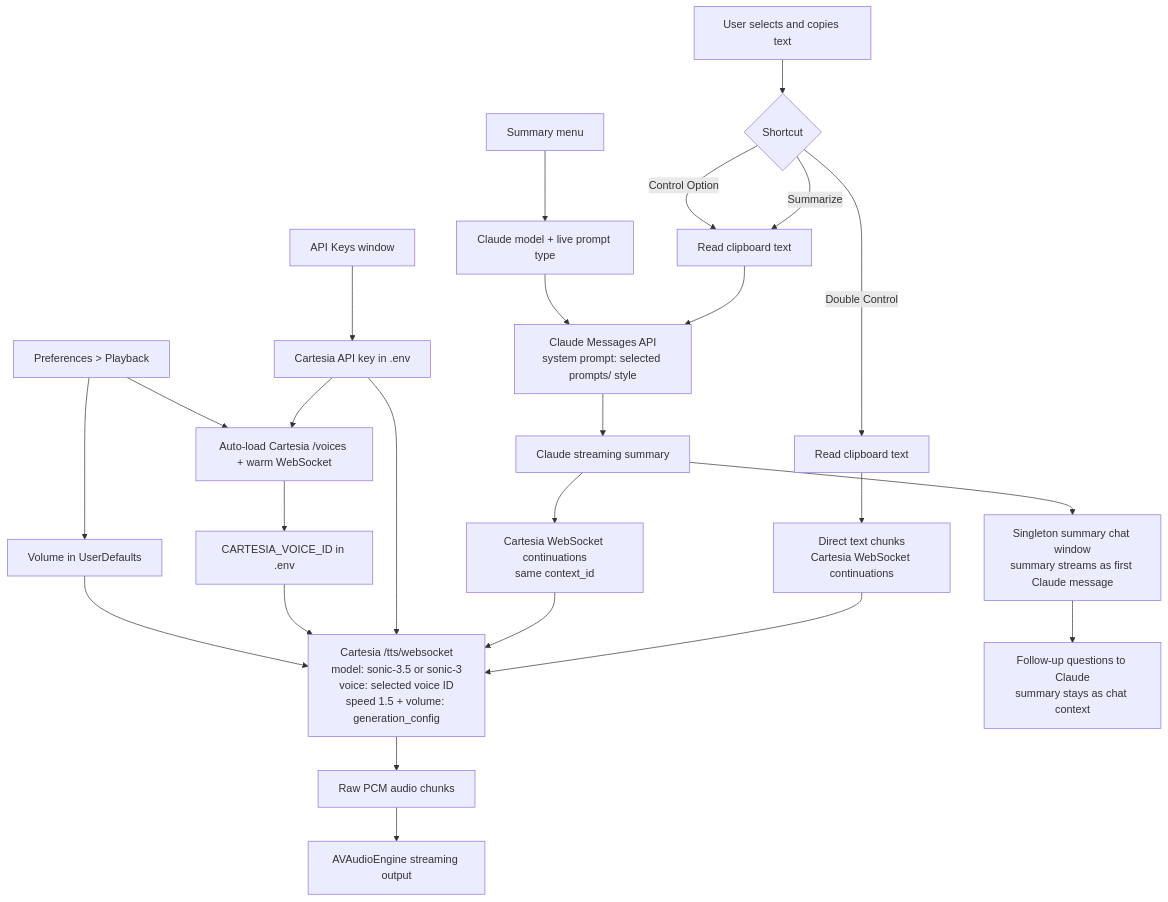
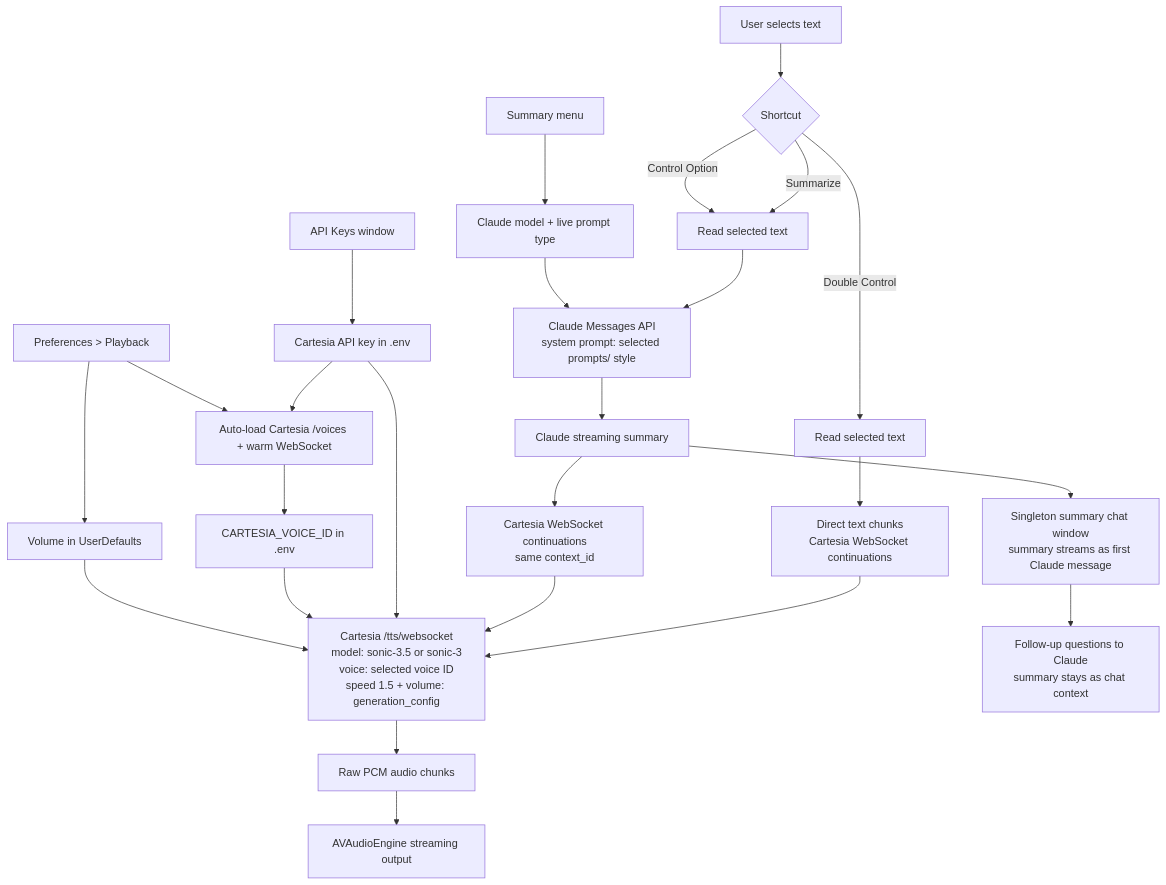
Before and after one commit to jackieoliver/ai-reader-native: the diagram in README.md, drawn with Mermaid. The commit also changed other lines of this file and 6 other files, not shown here.

````diff
--- a/README.md
+++ b/README.md
@@ -25,28 +27,28 @@
 ```mermaid
 flowchart TD
-  A["User selects and copies text"] --> B{"Shortcut"}
-  B -->|"Double Control"| C["Read clipboard text"]
-  B -->|"Summarize"| D["Read clipboard text"]
+  A["User selects text"] --> B{"Shortcut"}
+  B -->|"Double Control"| C["Read selected text"]
+  B -->|"Summarize"| D["Read selected text"]
   B -->|"Control Option"| D
   C --> E1["Direct text chunks<br/>Cartesia WebSocket continuations"]
   E1 --> E["Cartesia /tts/websocket<br/>model: sonic-3.5 or sonic-3<br/>voice: selected voice ID<br/>speed 1.5 + volume: generation_config"]
   D --> F["Claude Messages API<br/>system prompt: selected prompts/ style"]
   F --> G["Claude streaming summary"]
   G --> S["Singleton summary chat window<br/>summary streams as first Claude message"]
   S --> T["Follow-up questions to Claude<br/>summary stays as chat context"]
   G --> E2["Cartesia WebSocket continuations<br/>same context_id"]
   E2 --> E
   E --> H["Raw PCM audio chunks"]
   H --> I["AVAudioEngine streaming output"]
 
   J["API Keys window"] --> K["Cartesia API key in .env"]
   K --> L["Auto-load Cartesia /voices + warm WebSocket"]
   N["Preferences > Playback"] --> L
   L --> M["CARTESIA_VOICE_ID in .env"]
   N --> O["Volume in UserDefaults"]
   P["Summary menu"] --> Q["Claude model + live prompt type"]
   Q --> F
   K --> E
   M --> E
   O --> E
 ```
````
